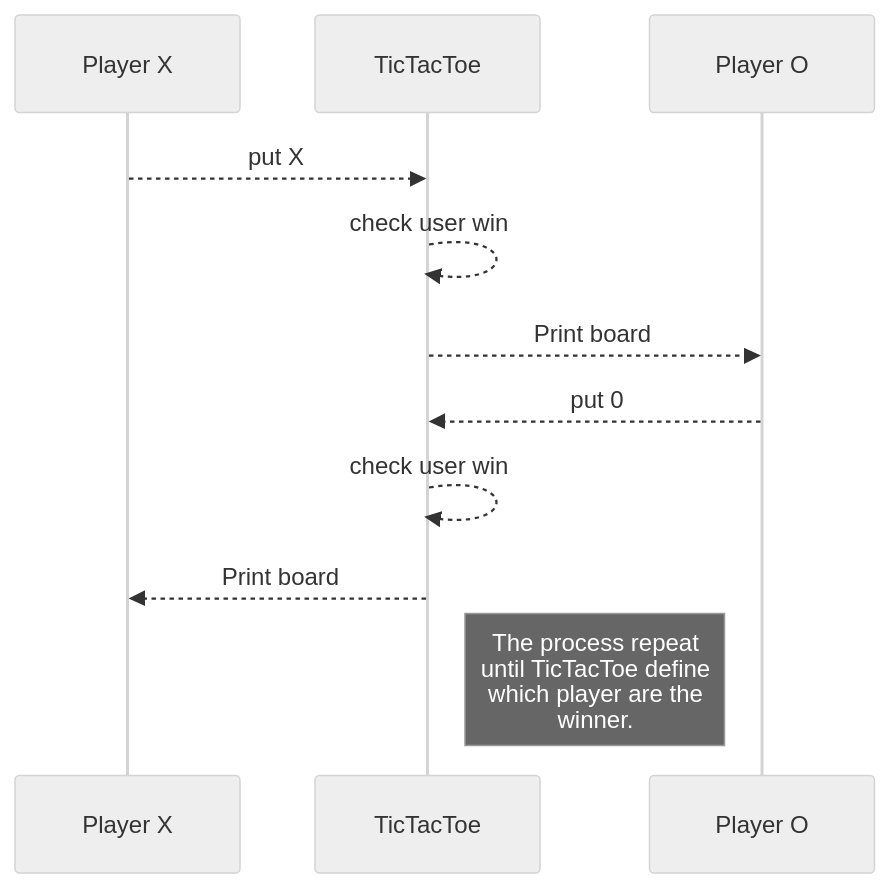
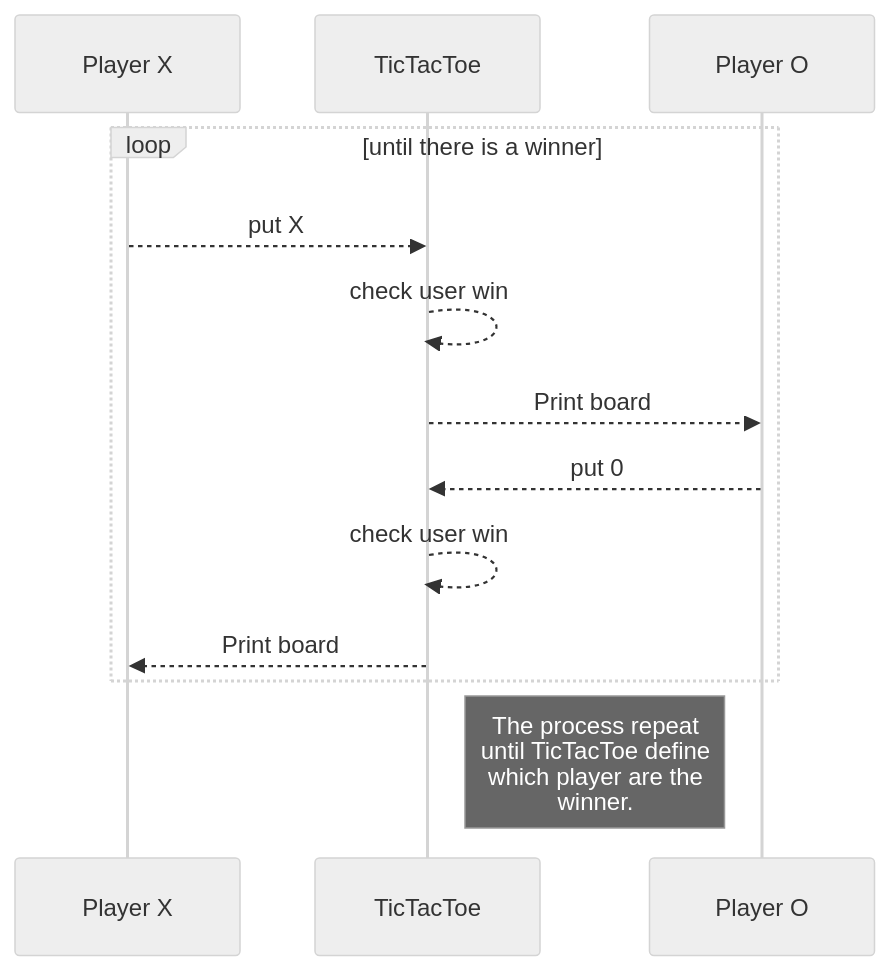
One commit to antonmor/Tic-Tac-Toe changed the diagram in README.md. Above: the diagram before and after it, drawn with Mermaid (neutral theme). The commit also changed other lines of this file, not shown here.

Commit message:
agragando un actor

````diff
--- a/README.md
+++ b/README.md
@@ -18,10 +18,12 @@
 ```mermaid
 sequenceDiagram
-Player X -->>TicTacToe: put X
-TicTacToe -->>TicTacToe: check user win
-TicTacToe -->>Player O:Print board
-Player O-->>TicTacToe: put 0
-TicTacToe -->>TicTacToe: check user win
-TicTacToe-->> Player X: Print board
+  loop until there is a winner
+    Player X -->>TicTacToe: put X
+    TicTacToe -->>TicTacToe: check user win
+    TicTacToe -->>Player O:Print board
+    Player O-->>TicTacToe: put 0
+    TicTacToe -->>TicTacToe: check user win
+    TicTacToe-->> Player X: Print board
+  end
 Note right of TicTacToe: The process repeat<br/> until TicTacToe define<br/>which player are the<br/> winner.
 ```
````
